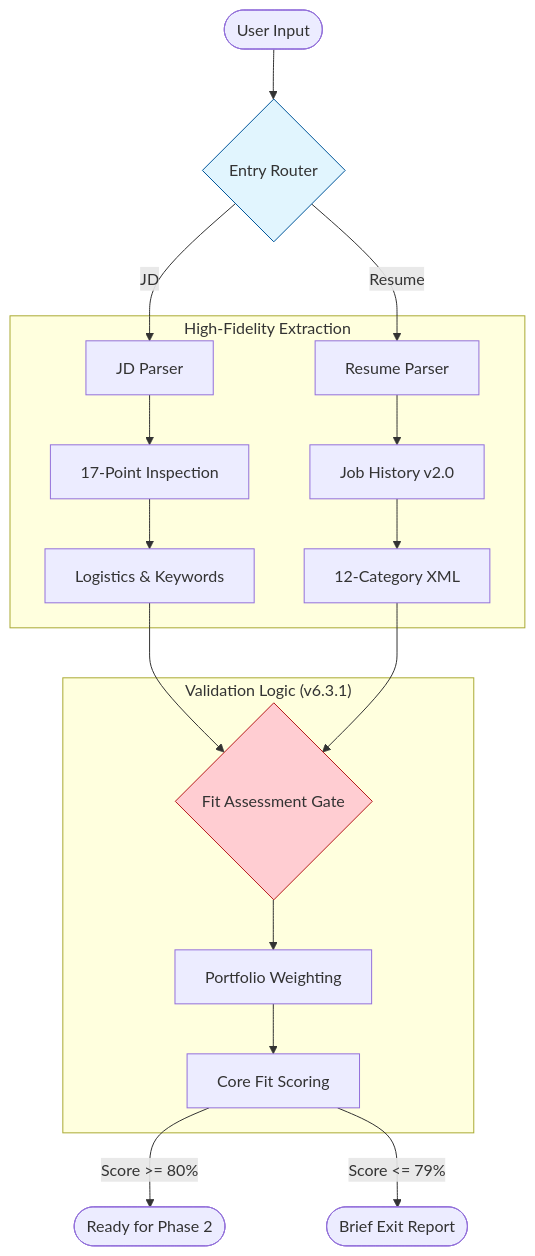
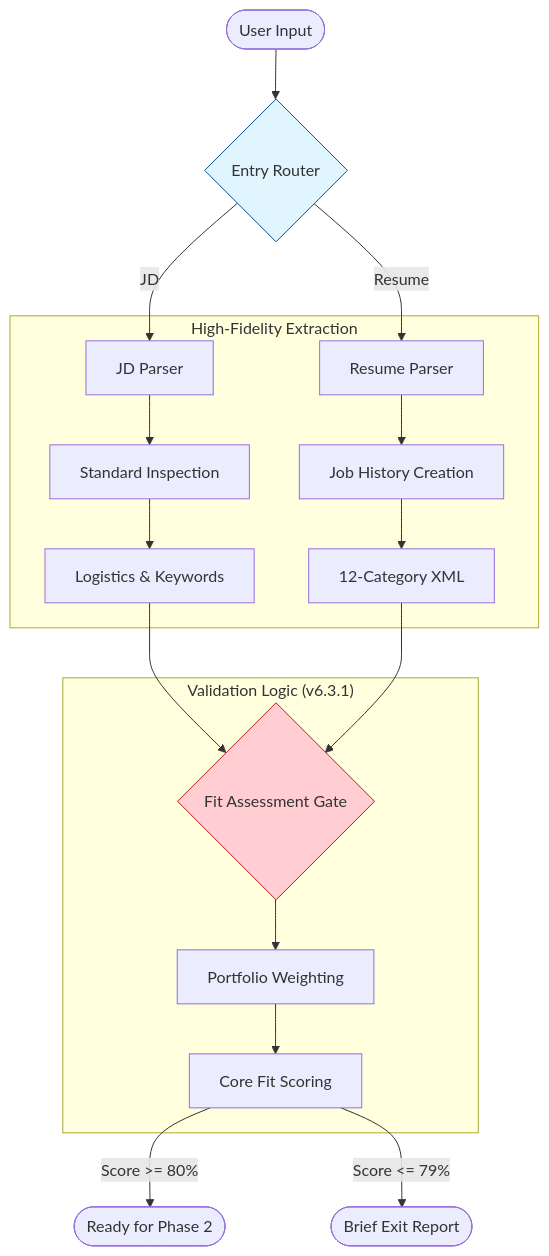
Before and after one commit to technomensch/optimize-my-resume: the diagram in wireframes/phase-1-foundation-mermaid.md, drawn with Mermaid. The commit also changed other lines of this file and 40 other files, not shown here.

````diff
--- a/wireframes/phase-1-foundation-mermaid.md
+++ b/wireframes/phase-1-foundation-mermaid.md
@@ -14,28 +14,28 @@
 ```mermaid
 graph TD
     In([User Input]) --> Router{Entry Router}
     
     Router -->|Resume| RP[Resume Parser]
     Router -->|JD| JP[JD Parser]
     
     subgraph "High-Fidelity Extraction"
-    JP --> JP1[17-Point Inspection]
+    JP --> JP1[Standard Inspection]
     JP1 --> JP2[Logistics & Keywords]
-    RP --> RP1[Job History v2.0]
+    RP --> RP1[Job History Creation]
     RP1 --> RP2[12-Category XML]
     end
     
     JP2 --> FitGate{Fit Assessment Gate}
     RP2 --> FitGate
     
     subgraph "Validation Logic (v6.3.1)"
     FitGate --> V1[Portfolio Weighting]
     V1 --> V2[Core Fit Scoring]
     end
     
     V2 -->|Score >= 80%| Out([Ready for Phase 2])
     V2 -->|Score <= 79%| Stop([Brief Exit Report])
     
     style FitGate fill:#ffcdd2,stroke:#b71c1c
     style Router fill:#e1f5fe,stroke:#01579b
 ```
````
